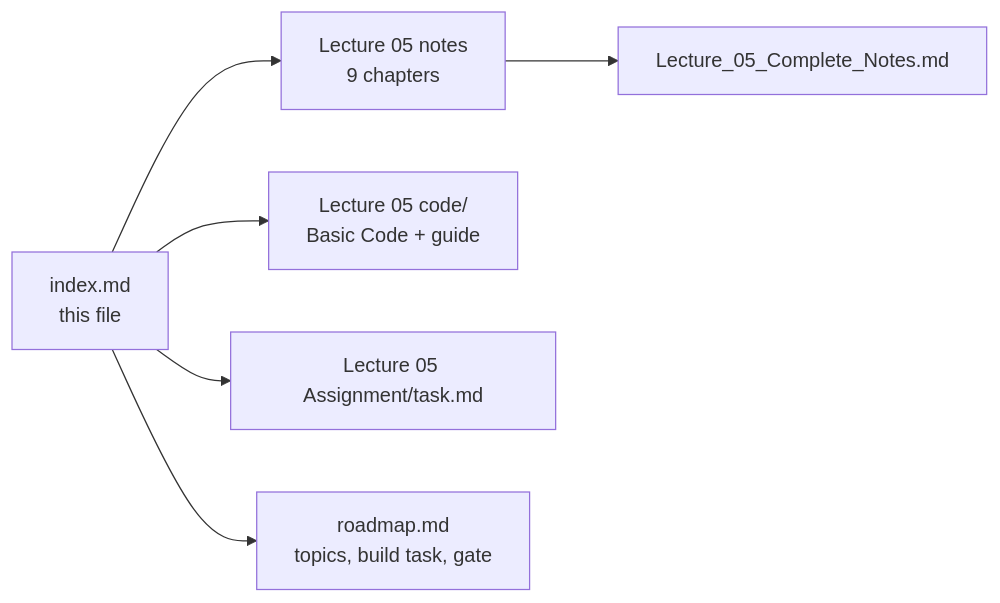
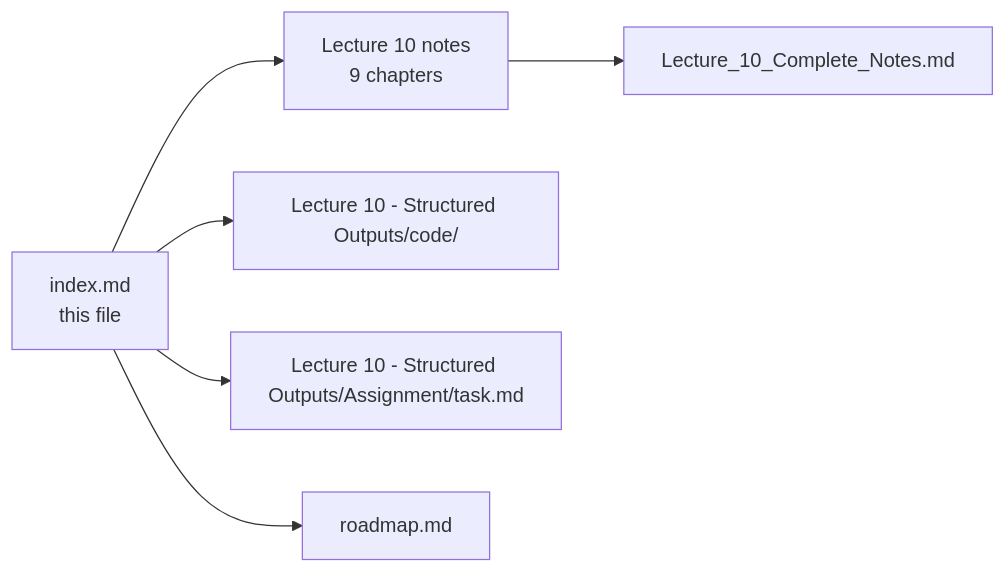
Before and after one commit to Amie-dev/FDE-and-GenAI-Mastery: the tenth of 24 diagrams in index.md, drawn with Mermaid. The commit also changed other lines of this file, not shown here.

Commit message:
Implement code changes to enhance functionality and improve performance

````diff
--- a/index.md
+++ b/index.md
@@ -401,8 +445,8 @@
 ```mermaid
 flowchart LR
-    IDX["index.md<br/>this file"] --> L5["Lecture 05 notes<br/>9 chapters"]
-    L5 --> CN["Lecture_05_Complete_Notes.md"]
-    IDX --> CODE["Lecture 05 code/<br/>Basic Code + guide"]
-    IDX --> ASG["Lecture 05 Assignment/task.md"]
-    IDX --> RM["roadmap.md<br/>topics, build task, gate"]
+    IDX["index.md<br/>this file"] --> L10["Lecture 10 notes<br/>9 chapters"]
+    L10 --> CN["Lecture_10_Complete_Notes.md"]
+    IDX --> CODE["Lecture 10 - Structured Outputs/code/"]
+    IDX --> ASG["Lecture 10 - Structured Outputs/Assignment/task.md"]
+    IDX --> RM["roadmap.md"]
 ```
````
